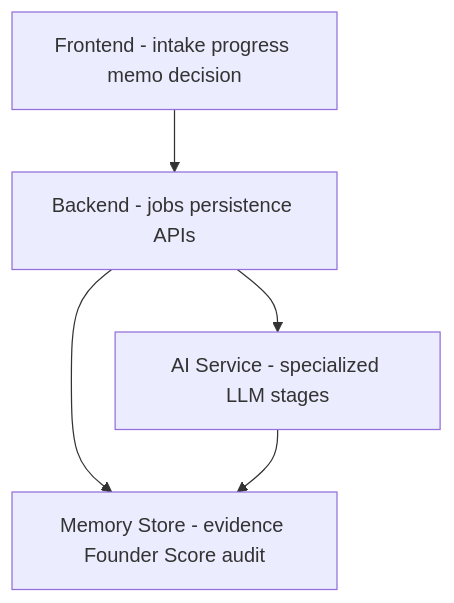
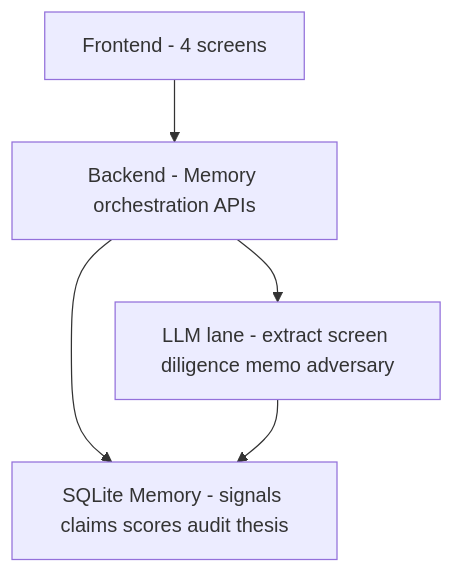
One commit to YagizSeymen/testtry changed the first of 8 diagrams in Plan.md. Above: the diagram before and after it, drawn with Mermaid. The commit also changed other lines of this file, not shown here.

````diff
--- a/Plan.md
+++ b/Plan.md
@@ -132,12 +133,12 @@
 ```mermaid
 flowchart TB
-  Frontend[Frontend - intake progress memo decision]
-  Backend[Backend - jobs persistence APIs]
-  AIService[AI Service - specialized LLM stages]
-  Memory[Memory Store - evidence Founder Score audit]
+  Frontend[Frontend - 4 screens]
+  Backend[Backend - Memory orchestration APIs]
+  LLM[LLM lane - extract screen diligence memo adversary]
+  Memory[SQLite Memory - signals claims scores audit thesis]
 
   Frontend --> Backend
-  Backend --> AIService
+  Backend --> LLM
   Backend --> Memory
-  AIService --> Memory
+  LLM --> Memory
 ```
````
